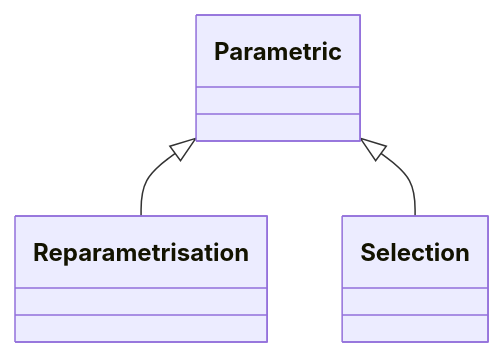
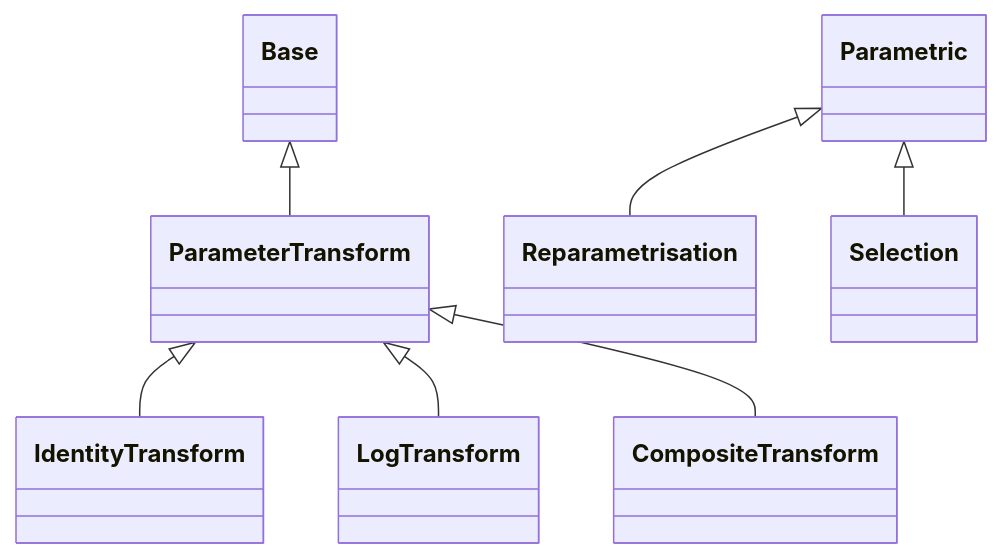
Before and after one commit to LouisDesdoigts/dLux: the diagram in docs/API/core/parametrisations.md, drawn with Mermaid. The commit also changed other lines of this file and 4 other files, not shown here.

Commit message:
Add reversible parameter transforms

````diff
--- a/docs/API/core/parametrisations.md
+++ b/docs/API/core/parametrisations.md
@@ -7,10 +7,23 @@
 ```mermaid
 classDiagram
+    class dLux_parametric_parametrisations_ParameterTransform["ParameterTransform"]
+    class dLux_parametric_parametrisations_IdentityTransform["IdentityTransform"]
+    class dLux_parametric_parametrisations_LogTransform["LogTransform"]
+    class dLux_parametric_parametrisations_CompositeTransform["CompositeTransform"]
     class dLux_parametric_parametrisations_Reparametrisation["Reparametrisation"]
     class dLux_parametric_parametrisations_Selection["Selection"]
+    class dLux_base_Base["Base"]
     class dLux_parametric_parametrics_Parametric["Parametric"]
+    dLux_base_Base <|-- dLux_parametric_parametrisations_ParameterTransform
+    click dLux_parametric_parametrisations_ParameterTransform href "#dLux.parametric.parametrisations.ParameterTransform" "Methods: encode(), decode(), validate()"
+    dLux_parametric_parametrisations_ParameterTransform <|-- dLux_parametric_parametrisations_IdentityTransform
+    click dLux_parametric_parametrisations_IdentityTransform href "#dLux.parametric.parametrisations.IdentityTransform" "Methods: encode(), decode()"
+    dLux_parametric_parametrisations_ParameterTransform <|-- dLux_parametric_parametrisations_LogTransform
+    click dLux_parametric_parametrisations_LogTransform href "#dLux.parametric.parametrisations.LogTransform" "Methods: encode(), decode(), validate()"
+    dLux_parametric_parametrisations_ParameterTransform <|-- dLux_parametric_parametrisations_CompositeTransform
+    click dLux_parametric_parametrisations_CompositeTransform href "#dLux.parametric.parametrisations.CompositeTransform" "Attributes: transforms · Methods: encode(), decode(), validate()"
     dLux_parametric_parametrics_Parametric <|-- dLux_parametric_parametrisations_Reparametrisation
-    click dLux_parametric_parametrisations_Reparametrisation href "#dLux.parametric.parametrisations.Reparametrisation" "Attributes: origin, matrix, latent · Properties: shape, size, ndim · Methods: to_coeffs(), to_latent(), initialise(), project(), evaluate()"
+    click dLux_parametric_parametrisations_Reparametrisation href "#dLux.parametric.parametrisations.Reparametrisation" "Attributes: origin, matrix, latent, transform · Properties: shape, size, ndim · Methods: to_coeffs(), to_latent(), initialise(), project(), evaluate()"
     dLux_parametric_parametrics_Parametric <|-- dLux_parametric_parametrisations_Selection
-    click dLux_parametric_parametrisations_Selection href "#dLux.parametric.parametrisations.Selection" "Attributes: origin, indices, latent · Properties: shape, size, ndim, mask, matrix · Methods: to_coeffs(), to_latent(), initialise(), project(), evaluate()"
+    click dLux_parametric_parametrisations_Selection href "#dLux.parametric.parametrisations.Selection" "Attributes: origin, indices, latent, transform · Properties: shape, size, ndim, mask, matrix · Methods: to_coeffs(), to_latent(), initialise(), project(), evaluate()"
 ```
````
